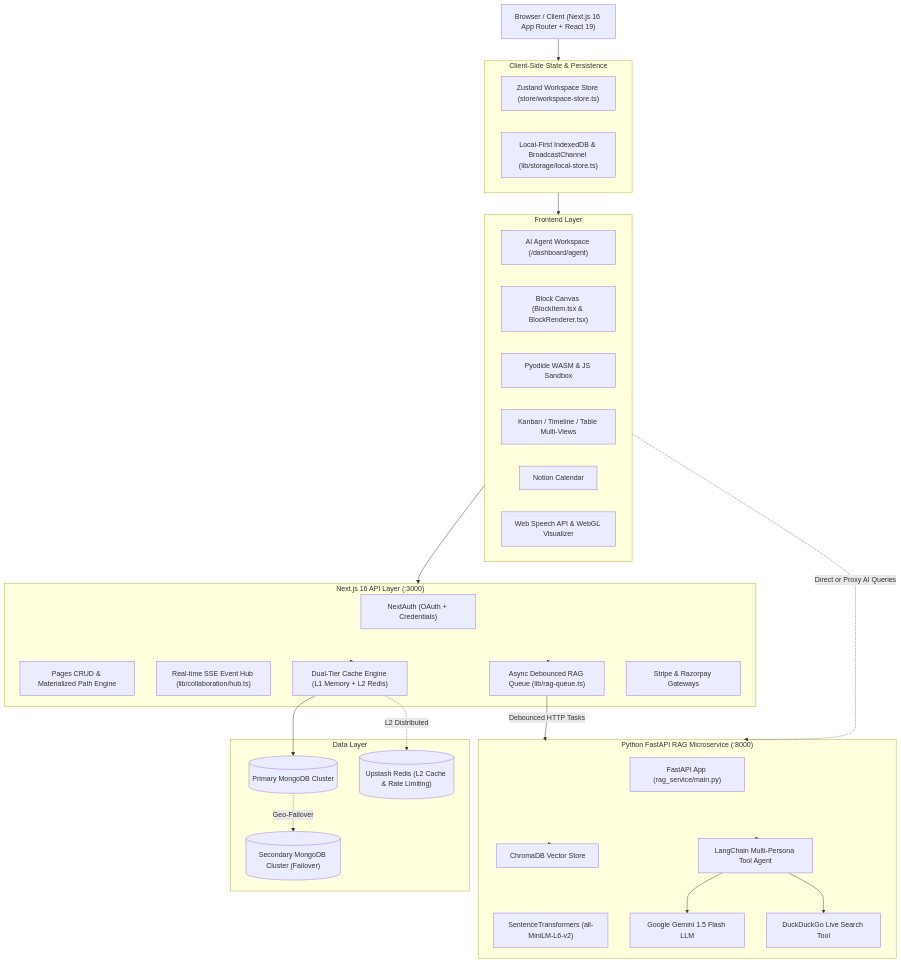
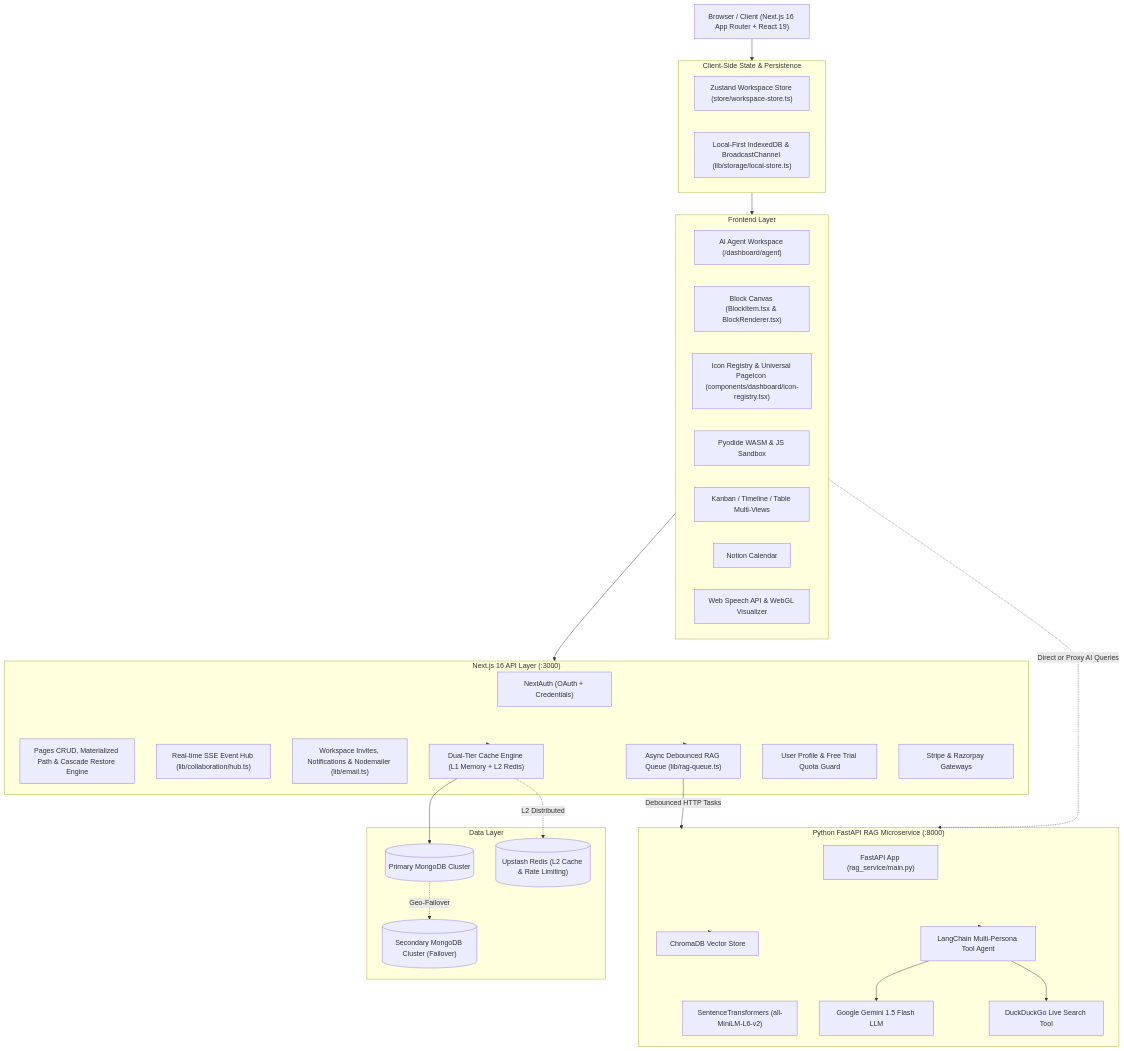
The diagram in README.md (Xentra5/Notion-clone), drawn with Mermaid before and after one commit. The commit also changed other lines of this file, not shown here.

Commit message:
docs(readme): document icon registry, page icons, SVG assets, and expanded API endpoints

````diff
--- a/README.md
+++ b/README.md
@@ -197,57 +226,60 @@
 ```mermaid
 graph TD
     Client["Browser / Client (Next.js 16 App Router + React 19)"]
 
     subgraph State["Client-Side State & Persistence"]
         Zustand["Zustand Workspace Store (store/workspace-store.ts)"]
         LocalStore["Local-First IndexedDB & BroadcastChannel (lib/storage/local-store.ts)"]
     end
 
     subgraph Frontend["Frontend Layer"]
         AgentUI["AI Agent Workspace (/dashboard/agent)"]
         Editor["Block Canvas (BlockItem.tsx & BlockRenderer.tsx)"]
+        IconSystem["Icon Registry & Universal PageIcon (components/dashboard/icon-registry.tsx)"]
         Sandbox["Pyodide WASM & JS Sandbox"]
         Views["Kanban / Timeline / Table Multi-Views"]
         Calendar["Notion Calendar"]
         Audio["Web Speech API & WebGL Visualizer"]
     end
 
     subgraph NextBackend["Next.js 16 API Layer (:3000)"]
         AuthAPI["NextAuth (OAuth + Credentials)"]
-        PagesAPI["Pages CRUD & Materialized Path Engine"]
+        PagesAPI["Pages CRUD, Materialized Path & Cascade Restore Engine"]
         CollabHub["Real-time SSE Event Hub (lib/collaboration/hub.ts)"]
+        ShareNotifications["Workspace Invites, Notifications & Nodemailer (lib/email.ts)"]
         CacheLayer["Dual-Tier Cache Engine (L1 Memory + L2 Redis)"]
         RagQueue["Async Debounced RAG Queue (lib/rag-queue.ts)"]
+        UserQuota["User Profile & Free Trial Quota Guard"]
         PayAPI["Stripe & Razorpay Gateways"]
     end
 
     subgraph RAGMicroservice["Python FastAPI RAG Microservice (:8000)"]
         FastAPI["FastAPI App (rag_service/main.py)"]
         Chroma["ChromaDB Vector Store"]
         Embeddings["SentenceTransformers (all-MiniLM-L6-v2)"]
         LangChainAgent["LangChain Multi-Persona Tool Agent"]
         Gemini["Google Gemini 1.5 Flash LLM"]
         WebSearch["DuckDuckGo Live Search Tool"]
     end
 
     subgraph DataStorage["Data Layer"]
         MongoDB[("Primary MongoDB Cluster")]
         MongoBackup[("Secondary MongoDB Cluster (Failover)")]
         UpstashRedis[("Upstash Redis (L2 Cache & Rate Limiting)")]
     end
 
     Client --> State
     State --> Frontend
     Frontend --> NextBackend
     NextBackend --> CacheLayer
     CacheLayer --> MongoDB
     MongoDB -.->|Geo-Failover| MongoBackup
     CacheLayer -.->|L2 Distributed| UpstashRedis
     NextBackend --> RagQueue
     RagQueue -->|Debounced HTTP Tasks| RAGMicroservice
     Frontend -.->|Direct or Proxy AI Queries| RAGMicroservice
     RAGMicroservice --> Chroma
     RAGMicroservice --> LangChainAgent
     LangChainAgent --> Gemini
     LangChainAgent --> WebSearch
 ```
````
